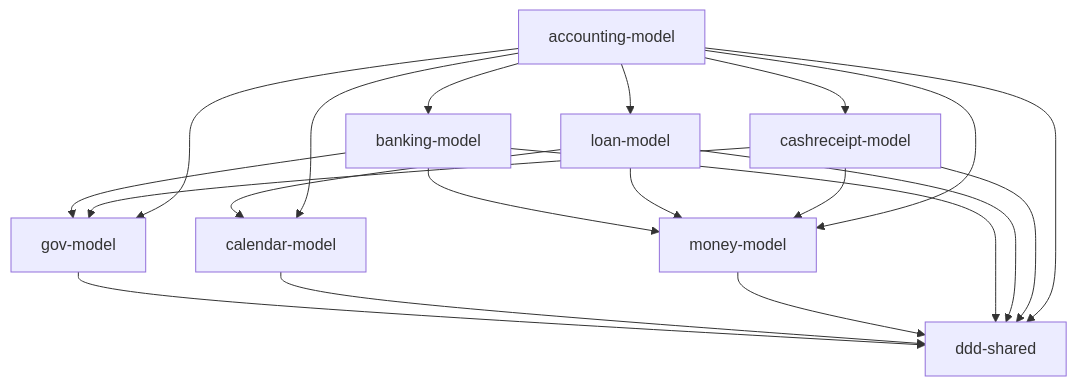
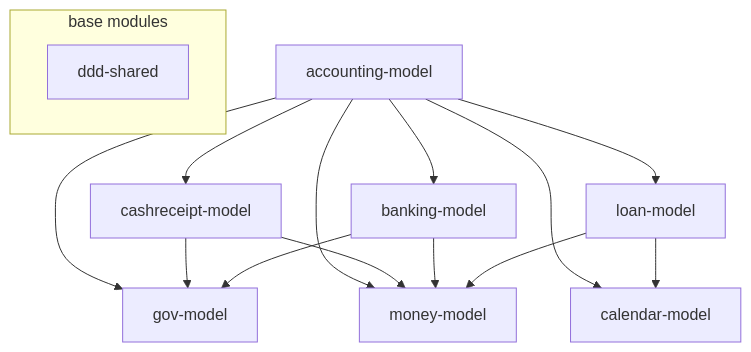
The diagram in src/site/dependencies.md (vitalyzotov/accounting-model), drawn with Mermaid before and after one commit. The commit also changed other lines of this file and 2 other files, not shown here.

Commit message:
Upgrade modules to release versions

````diff
--- a/src/site/dependencies.md
+++ b/src/site/dependencies.md
@@ -6,28 +1,24 @@
 ```mermaid
 flowchart TD
-    gov-model --> ddd-shared;
+
+    banking-model --> gov-model;
     
-    calendar-model --> ddd-shared;
-    
-    money-model --> ddd-shared;
-    
-    banking-model --> ddd-shared;
-    banking-model --> gov-model;
+    loan-model --> money-model;
+    loan-model --> calendar-model;
+
     banking-model --> money-model;
     
-    loan-model --> ddd-shared;
-    loan-model --> money-model;
-    loan-model --> calendar-model;
-    
-    cashreceipt-model --> ddd-shared;
     cashreceipt-model --> gov-model;
     cashreceipt-model --> money-model;
 
-    accounting-model --> ddd-shared;
     accounting-model --> gov-model;
     accounting-model --> money-model;
     accounting-model --> loan-model;
     accounting-model --> banking-model;
     accounting-model --> calendar-model;
     accounting-model --> cashreceipt-model;
+    
+    subgraph base modules
+        ddd-shared;
+    end
 ```
````
